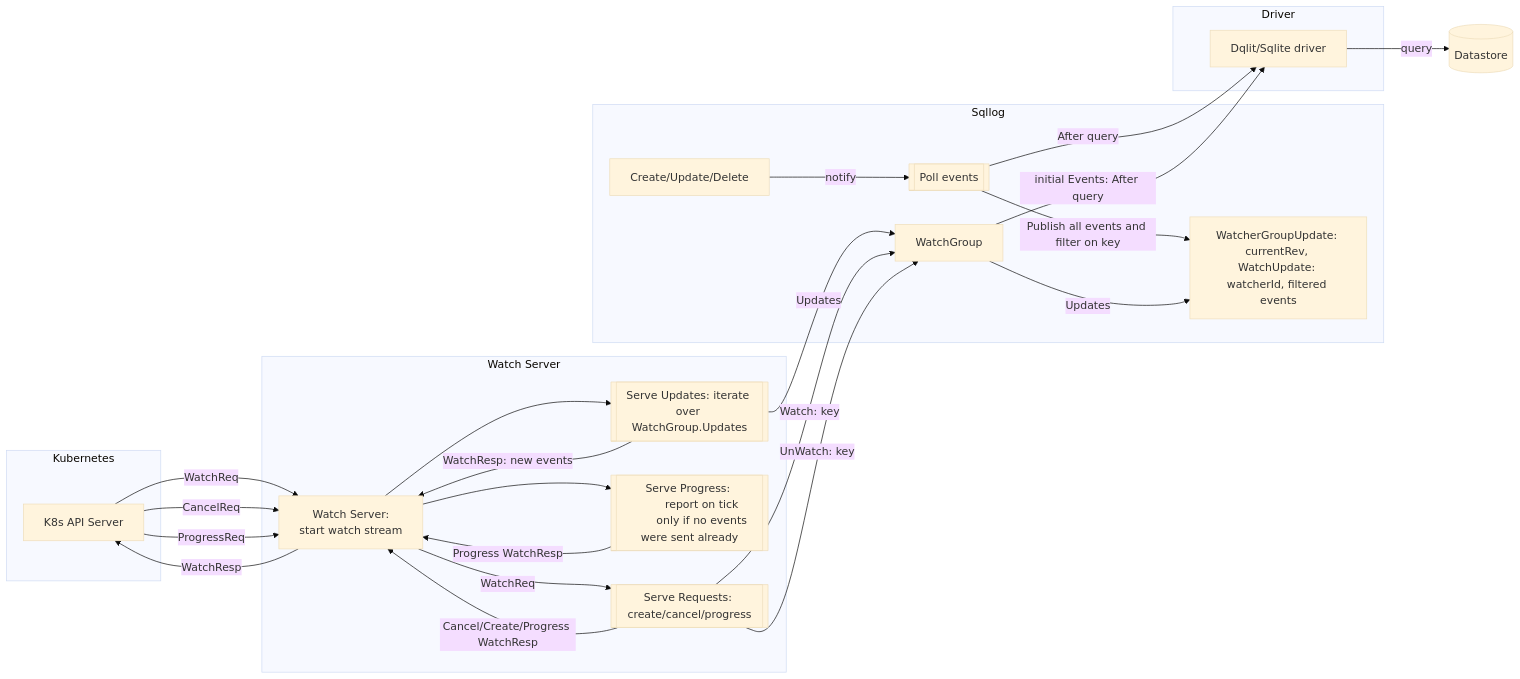
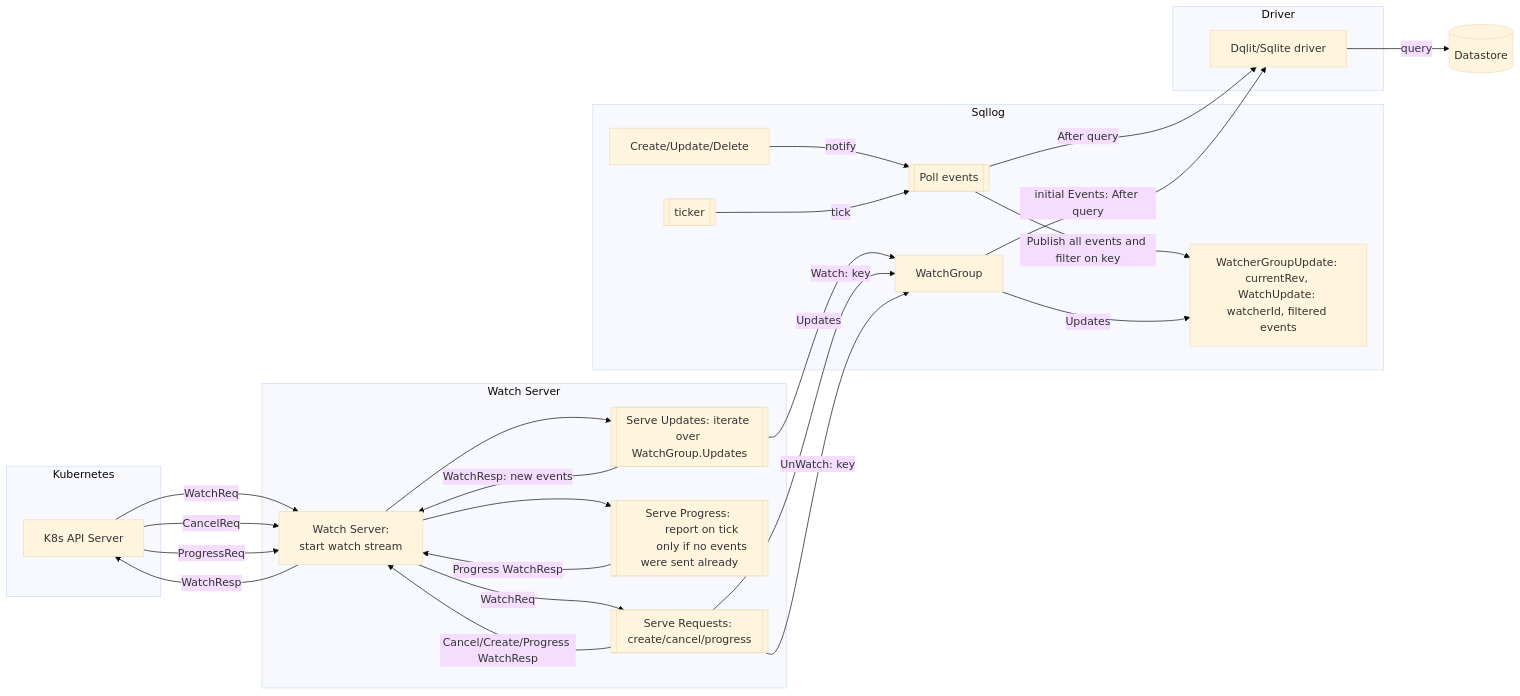
Before and after one commit to canonical/k8s-dqlite: the second of 2 diagrams in docs/adr/002-watch-synchronization.md, drawn with Mermaid (base theme). The commit also changed other lines of this file, not shown here.

````diff
--- a/docs/adr/002-watch-synchronization.md
+++ b/docs/adr/002-watch-synchronization.md
@@ -62,40 +64,41 @@
 ```mermaid
 graph LR
     subgraph Kubernetes
         A[K8s API Server];
     end
         A -- WatchReq --> B[Watch Server: 
         start watch stream];
         A -- CancelReq --> B;
         A -- ProgressReq --> B;
         B -- WatchResp --> A;
 
     subgraph Watch Server
         B;
         B --> D[[Serve Updates: iterate over WatchGroup.Updates]];
         D -- WatchResp: new events --> B;
         
         B --> E[[Serve Progress: 
         report on tick 
         only if no events were sent already]];
         E -- Progress WatchResp--> B;
         B -- WatchReq--> F[[Serve Requests: create/cancel/progress]];
         F -- Cancel/Create/Progress WatchResp --> B;
     end
         D -- Updates --> G;
         F -- Watch: key  --> G;
         F -- UnWatch: key --> G;
     subgraph Sqllog
         G[WatchGroup];
         L[WatcherGroupUpdate: currentRev, WatchUpdate: watcherId, filtered events ];
         J[Create/Update/Delete]-- notify --> K[Poll events];
+        N[[ticker]] -- tick --> K;
         K[[Poll events]]
         K -- Publish all events and filter on key --> L; 
     end
         H[Dqlit/Sqlite driver] -- query --> I[(Datastore)];
         K -- After query --> H;
     subgraph Driver
         G -- initial Events: After query--> H;
         G -- Updates --> L;
     end
 ```
````
